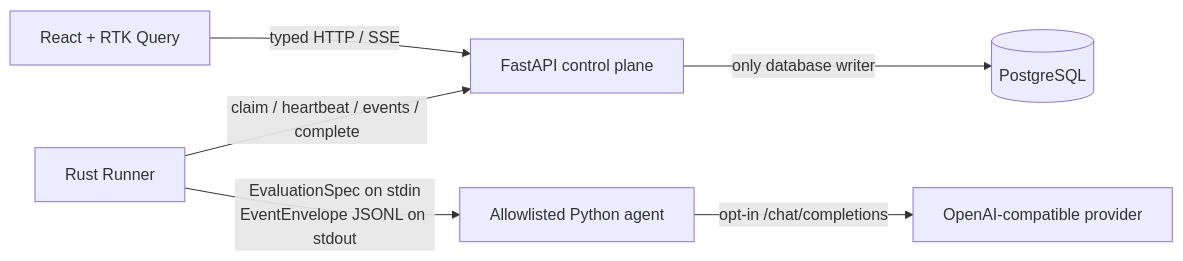
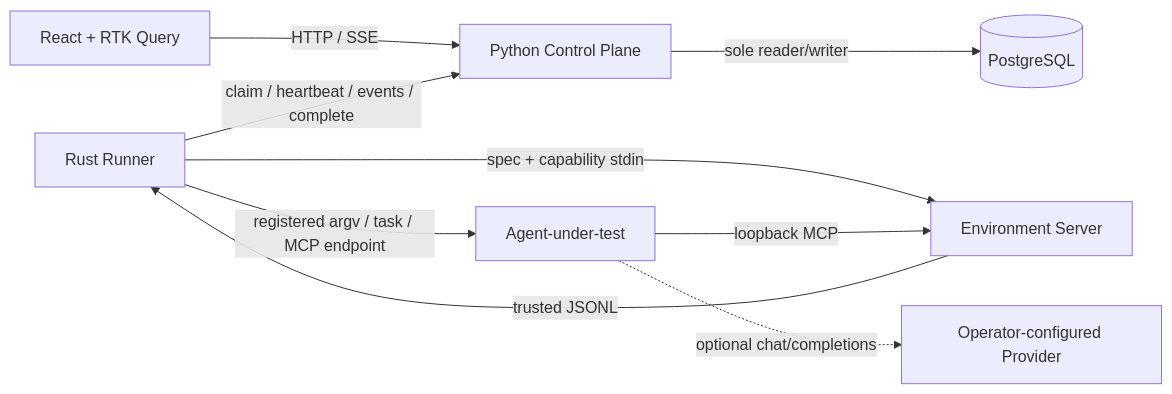
The diagram in docs/agentops_closed_loop_architecture.md (GarrisonPJ/agent-ops-platform), drawn with Mermaid before and after one commit. The commit also changed other lines of this file and 25 other files, not shown here.

````diff
--- a/docs/agentops_closed_loop_architecture.md
+++ b/docs/agentops_closed_loop_architecture.md
@@ -34,8 +12,11 @@
 ```mermaid
 flowchart LR
-    UI["React + RTK Query"] -->|"typed HTTP / SSE"| API["FastAPI control plane"]
-    API -->|"only database writer"| DB[("PostgreSQL")]
-    Runner["Rust Runner"] -->|"claim / heartbeat / events / complete"| API
-    Runner -->|"EvaluationSpec on stdin<br/>EventEnvelope JSONL on stdout"| Agent["Allowlisted Python agent"]
-    Agent -->|"opt-in /chat/completions"| Provider["OpenAI-compatible provider"]
+    UI[React + RTK Query] -->|HTTP / SSE| CP[Python Control Plane]
+    CP -->|sole reader/writer| DB[(PostgreSQL)]
+    R[Rust Runner] -->|claim / heartbeat / events / complete| CP
+    R -->|spec + capability stdin| E[Environment Server]
+    R -->|registered argv / task / MCP endpoint| A[Agent-under-test]
+    A -->|loopback MCP| E
+    E -->|trusted JSONL| R
+    A -. optional chat/completions .-> P[Operator-configured Provider]
 ```
````
